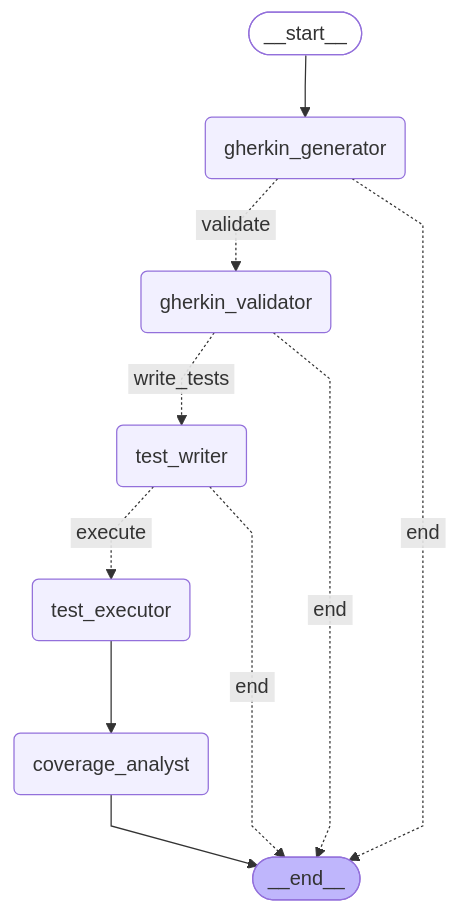
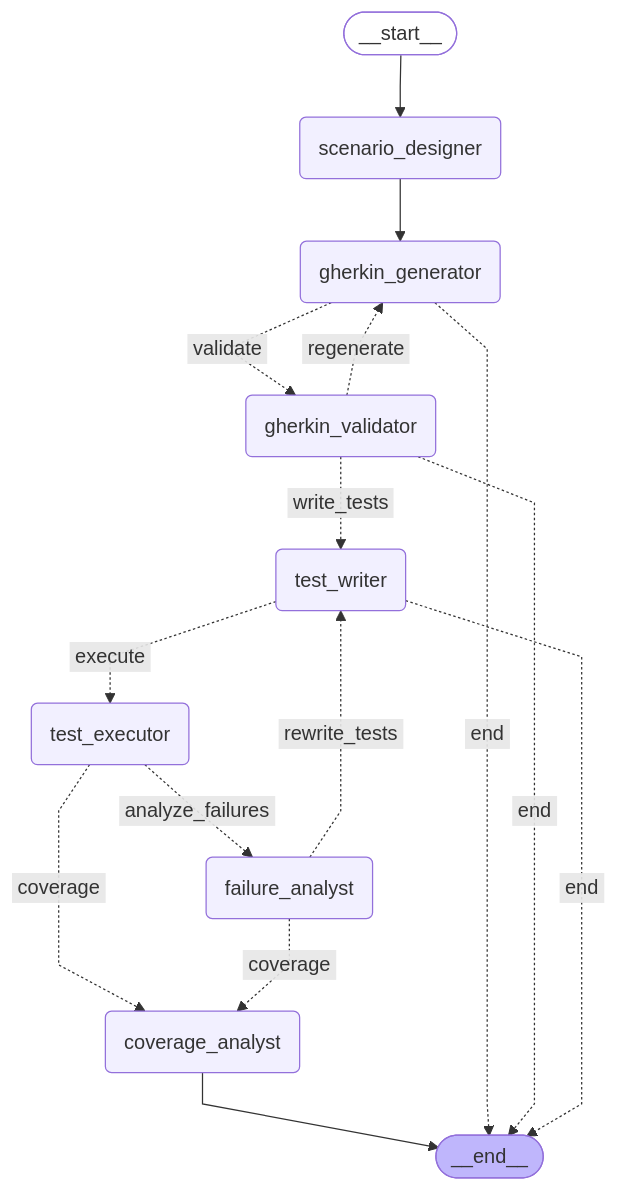
One commit to maryem37/RagAndLoopVersionTestProject changed the diagram in output/workflow_graph.mmd. Above: the diagram before and after it, drawn with Mermaid. The commit also changed 276 other files, not shown here.

```diff
--- a/output/workflow_graph.mmd
+++ b/output/workflow_graph.mmd
@@ -1,25 +1,32 @@
 ---
 config:
   flowchart:
     curve: linear
 ---
 graph TD;
 	__start__([<p>__start__</p>]):::first
+	scenario_designer(scenario_designer)
 	gherkin_generator(gherkin_generator)
 	gherkin_validator(gherkin_validator)
 	test_writer(test_writer)
 	test_executor(test_executor)
+	failure_analyst(failure_analyst)
 	coverage_analyst(coverage_analyst)
 	__end__([<p>__end__</p>]):::last
-	__start__ --> gherkin_generator;
+	__start__ --> scenario_designer;
 	coverage_analyst --> __end__;
-	test_executor --> coverage_analyst;
+	scenario_designer --> gherkin_generator;
 	gherkin_generator -. &nbsp;validate&nbsp; .-> gherkin_validator;
 	gherkin_generator -. &nbsp;end&nbsp; .-> __end__;
 	gherkin_validator -. &nbsp;write_tests&nbsp; .-> test_writer;
+	gherkin_validator -. &nbsp;regenerate&nbsp; .-> gherkin_generator;
 	gherkin_validator -. &nbsp;end&nbsp; .-> __end__;
 	test_writer -. &nbsp;execute&nbsp; .-> test_executor;
 	test_writer -. &nbsp;end&nbsp; .-> __end__;
+	test_executor -. &nbsp;analyze_failures&nbsp; .-> failure_analyst;
+	test_executor -. &nbsp;coverage&nbsp; .-> coverage_analyst;
+	failure_analyst -. &nbsp;rewrite_tests&nbsp; .-> test_writer;
+	failure_analyst -. &nbsp;coverage&nbsp; .-> coverage_analyst;
 	classDef default fill:#f2f0ff,line-height:1.2
 	classDef first fill-opacity:0
 	classDef last fill:#bfb6fc
```
